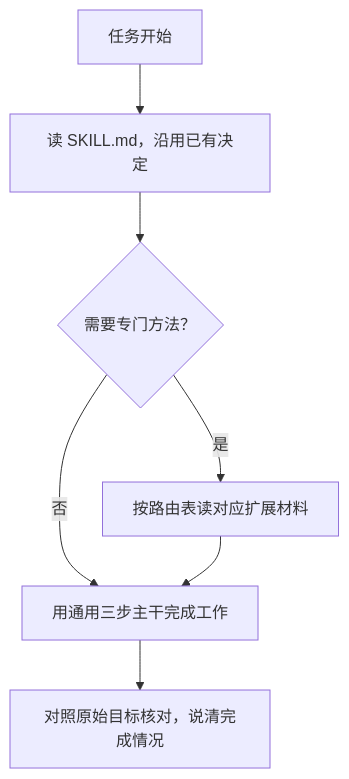
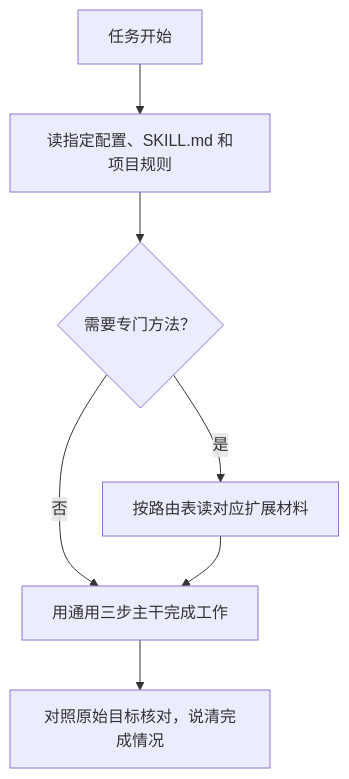
One commit to waxiliwwww/agent-collaboration-guide changed the diagram in README.md. Above: the diagram before and after it, drawn with Mermaid. The commit also changed other lines of this file and 6 other files, not shown here.

````diff
--- a/README.md
+++ b/README.md
@@ -54,9 +56,9 @@
 ```mermaid
 flowchart TD
-    A[任务开始] --> B[读 SKILL.md，沿用已有决定]
+    A[任务开始] --> B[读指定配置、SKILL.md 和项目规则]
     B --> C{需要专门方法？}
     C -- 是 --> D[按路由表读对应扩展材料]
     C -- 否 --> E[用通用三步主干完成工作]
     D --> E
     E --> F[对照原始目标核对，说清完成情况]
 ```
````
